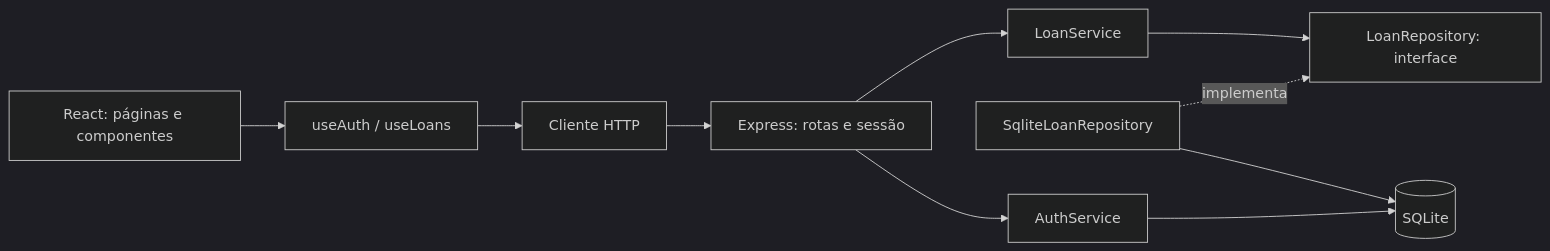
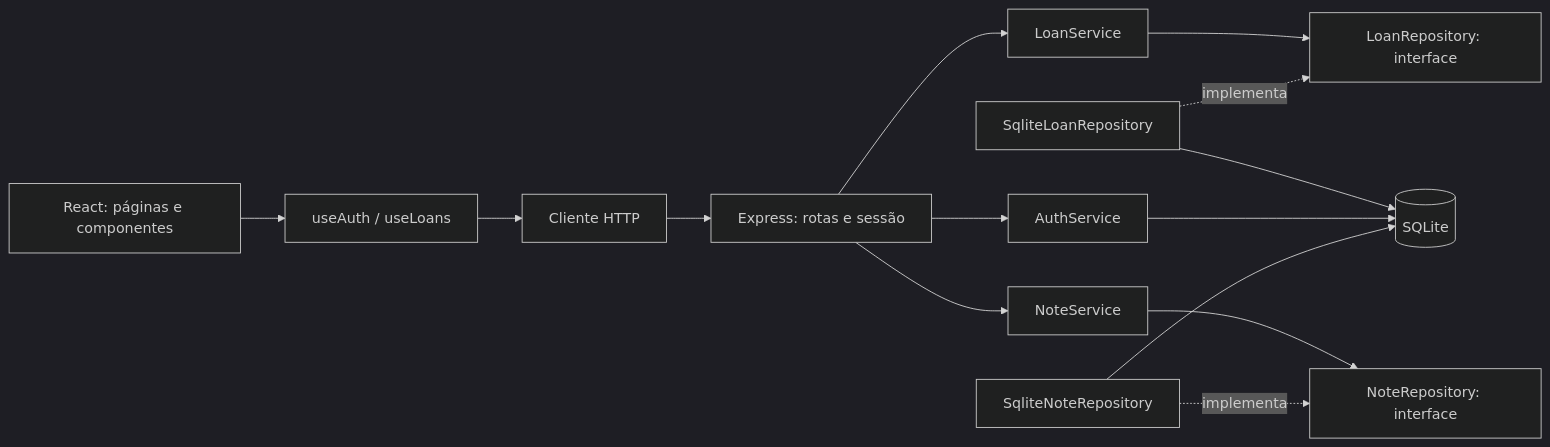
Before and after one commit to YodoKKJ/Protipacao-com-IA-Alex: the diagram in docs/ARQUITETURA.md, drawn with Mermaid (dark theme). The commit also changed other lines of this file and 18 other files, not shown here.

````diff
--- a/docs/ARQUITETURA.md
+++ b/docs/ARQUITETURA.md
@@ -3,12 +3,16 @@
 ```mermaid
 flowchart LR
   UI[React: páginas e componentes] --> Hook[useAuth / useLoans]
   Hook --> Client[Cliente HTTP]
   Client --> API[Express: rotas e sessão]
   API --> Service[LoanService]
   Service --> Contract[LoanRepository: interface]
   Sqlite[SqliteLoanRepository] -. implementa .-> Contract
   Sqlite --> DB[(SQLite)]
   API --> Auth[AuthService]
   Auth --> DB
+  API --> NoteService[NoteService]
+  NoteService --> NoteContract[NoteRepository: interface]
+  NoteSqlite[SqliteNoteRepository] -. implementa .-> NoteContract
+  NoteSqlite --> DB
 ```
````
